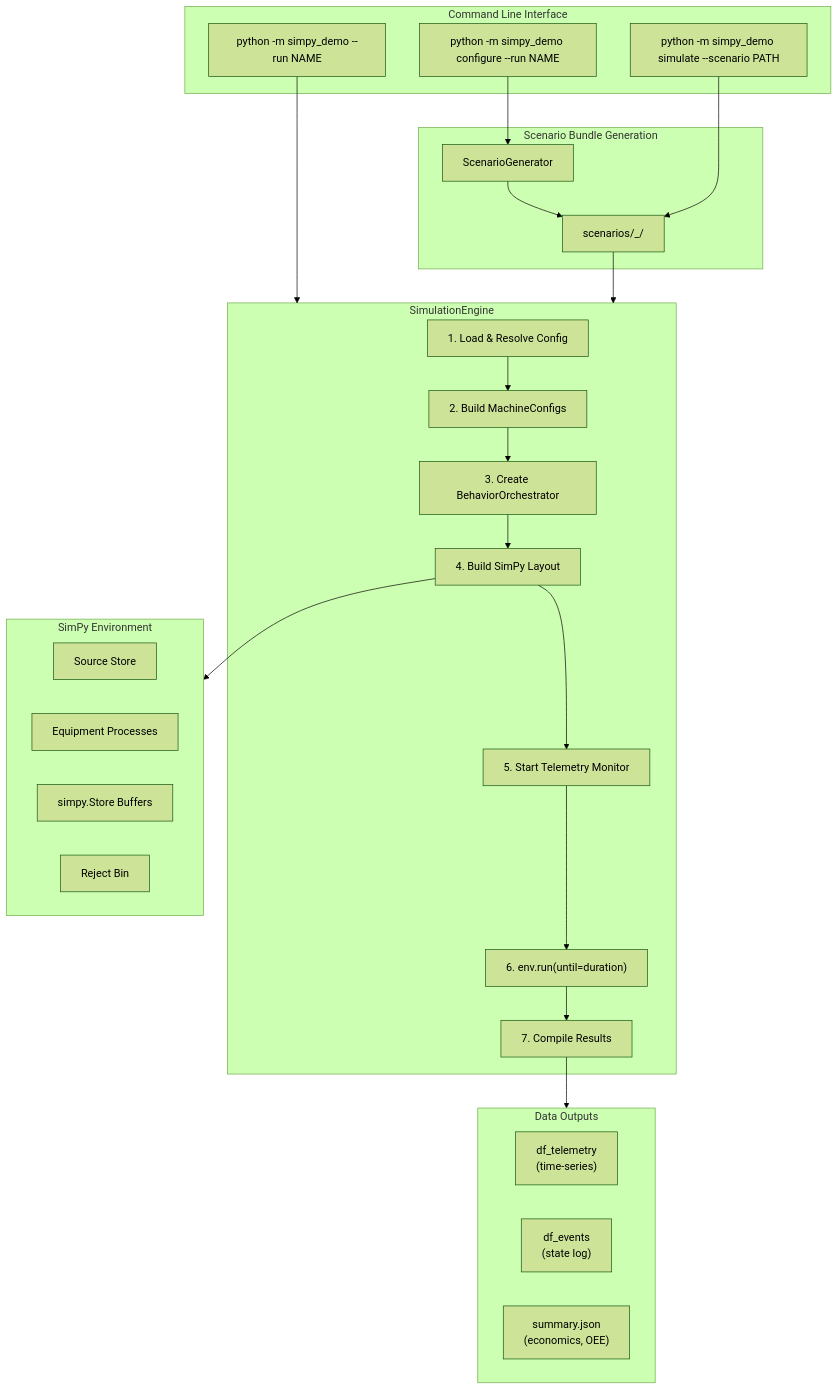
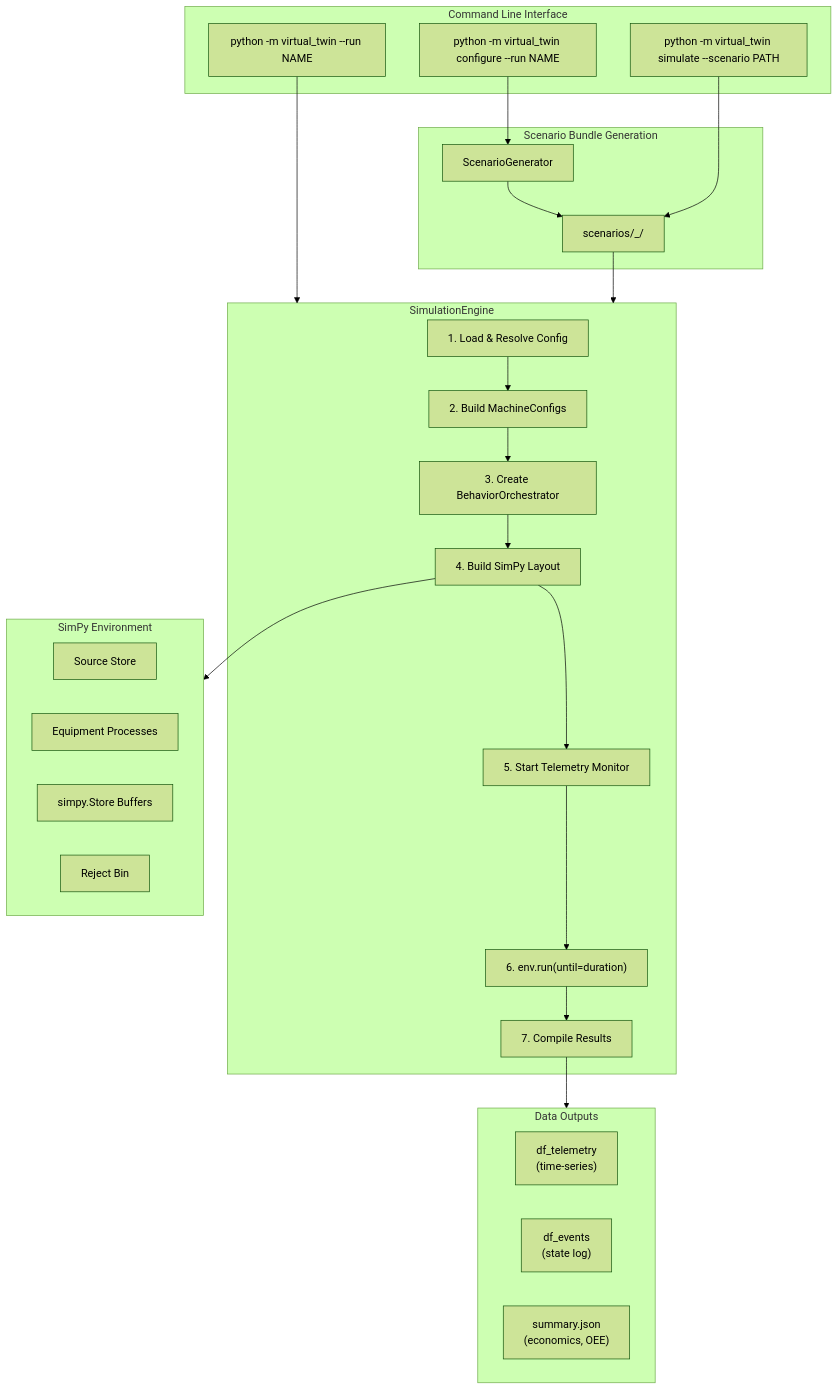
The second of 10 diagrams in docs/architecture.md (mcfitzgerald/virtual-twin), drawn with Mermaid (forest theme) before and after one commit. The commit also changed other lines of this file and 95 other files, not shown here.

First line of the commit message:
feat: rename project from simpy-demo to virtual-twin (v0.16.0)

````diff
--- a/docs/architecture.md
+++ b/docs/architecture.md
@@ -66,44 +66,44 @@
 ```mermaid
 flowchart TB
     subgraph CLI ["Command Line Interface"]
-        Direct["python -m simpy_demo --run NAME"]
-        Configure["python -m simpy_demo configure --run NAME"]
-        Simulate["python -m simpy_demo simulate --scenario PATH"]
+        Direct["python -m virtual_twin --run NAME"]
+        Configure["python -m virtual_twin configure --run NAME"]
+        Simulate["python -m virtual_twin simulate --scenario PATH"]
     end
 
     subgraph Codegen ["Scenario Bundle Generation"]
         Generator["ScenarioGenerator"]
         Bundle["scenarios/<name>_<timestamp>/"]
     end
 
     subgraph Engine ["SimulationEngine"]
         Load["1. Load & Resolve Config"]
         BuildConfigs["2. Build MachineConfigs"]
         CreateOrch["3. Create BehaviorOrchestrator"]
         BuildLayout["4. Build SimPy Layout"]
         StartMonitor["5. Start Telemetry Monitor"]
         RunSim["6. env.run(until=duration)"]
         Compile["7. Compile Results"]
 
         Load --> BuildConfigs --> CreateOrch --> BuildLayout --> StartMonitor --> RunSim --> Compile
     end
 
     subgraph SimPyEnv ["SimPy Environment"]
         Source["Source Store"]
         Line["Equipment Processes"]
         Buffers["simpy.Store Buffers"]
         Reject["Reject Bin"]
     end
 
     subgraph Outputs ["Data Outputs"]
         Telemetry["df_telemetry<br/>(time-series)"]
         Events["df_events<br/>(state log)"]
         Summary["summary.json<br/>(economics, OEE)"]
     end
 
     Direct --> Engine
     Configure --> Generator --> Bundle
     Simulate --> Bundle --> Engine
     BuildLayout --> SimPyEnv
     Compile --> Outputs
 ```
````
